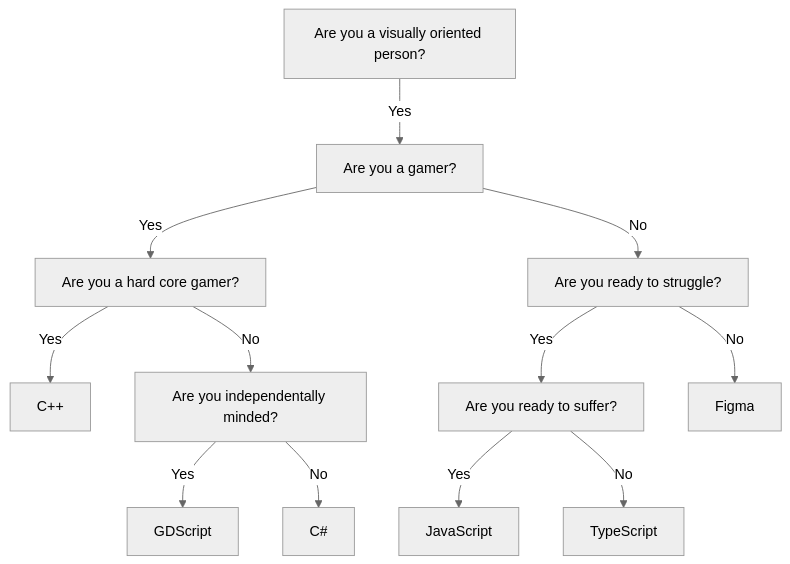
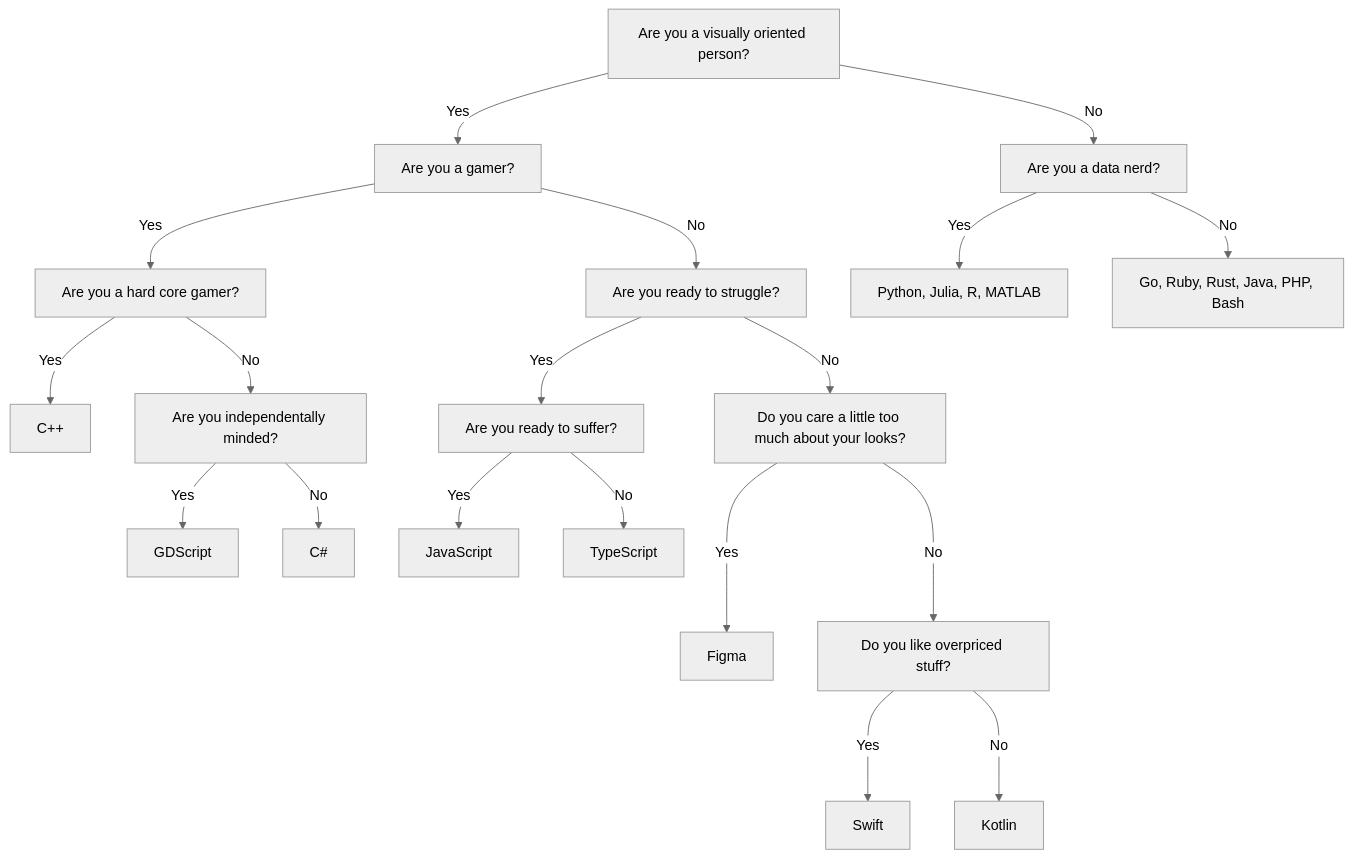
The diagram in chart.md (ykdojo/OpenStream), drawn with Mermaid (neutral theme) before and after one commit.

````diff
--- a/chart.md
+++ b/chart.md
@@ -1,14 +1,21 @@
 ```mermaid
 graph TD;
     Start[Are you a visually oriented person?] --> |Yes| Visual[Are you a gamer?]
         Visual --> |Yes| Gamer[Are you a hard core gamer?]
             Gamer --> |Yes| Hard-core-gamer[C++]
             Gamer --> |No| Soft-core-gamer[Are you independentally minded?]
                 Soft-core-gamer --> |Yes| gd-script[GDScript]
                 Soft-core-gamer --> |No| c-sharp[C#]
         Visual --> |No| Non-gamer[Are you ready to struggle?]
             Non-gamer --> |Yes| Struggle[Are you ready to suffer?]
-            Non-gamer --> |No| No-struggle[Figma]
-            Struggle --> |Yes| JS[JavaScript]
-            Struggle --> |No| TS[TypeScript]
+                Struggle --> |Yes| JS[JavaScript]
+                Struggle --> |No| TS[TypeScript]
+            Non-gamer --> |No| No-struggle[Do you care a little too much about your looks?]
+                    No-struggle ---> |Yes| Figma[Figma]
+                    No-struggle ---> |No| Mobile[Do you like overpriced stuff?]
+                        Mobile ---> |Yes| Swift[Swift]
+                        Mobile ---> |No| Kotlin[Kotlin]
+    Start --> |No| Non-visual[Are you a data nerd?]
+        Non-visual --> |Yes| Data-nerd[Python, Julia, R, MATLAB]
+        Non-visual --> |No| Non-data-nerd[Go, Ruby, Rust, Java, PHP, Bash]
 ```
````
